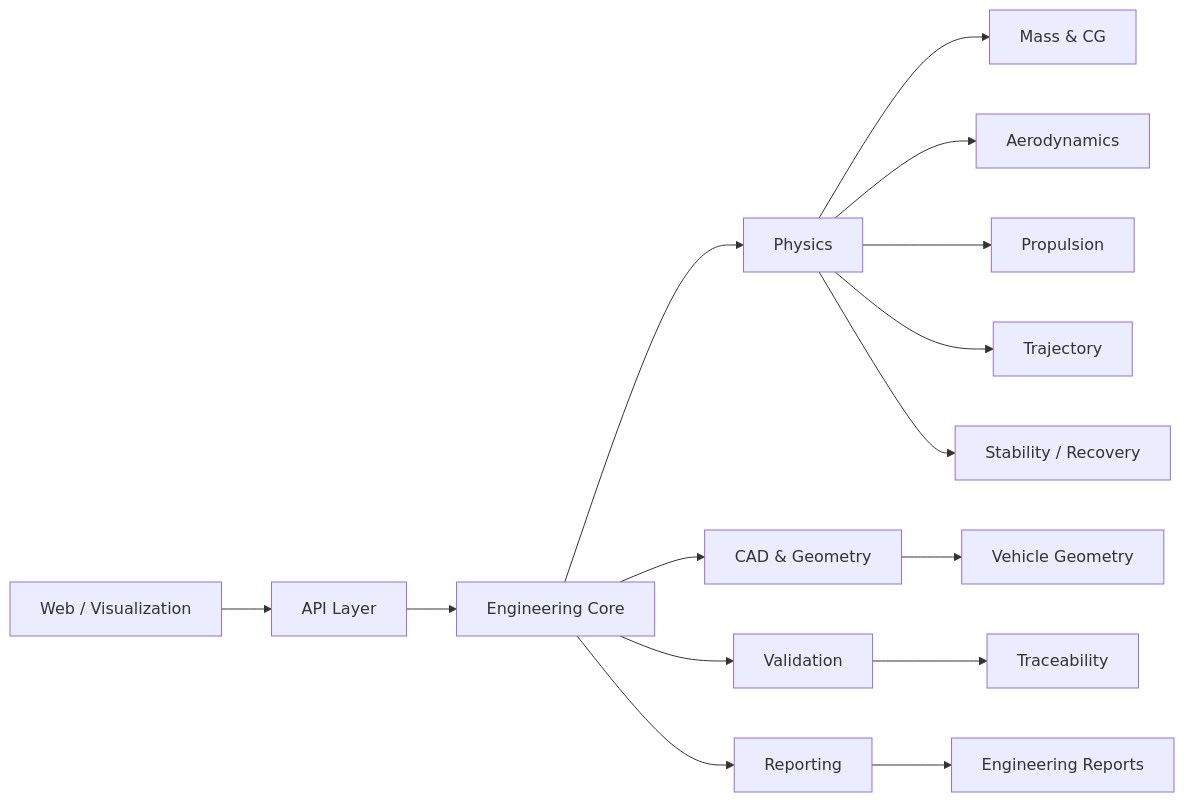
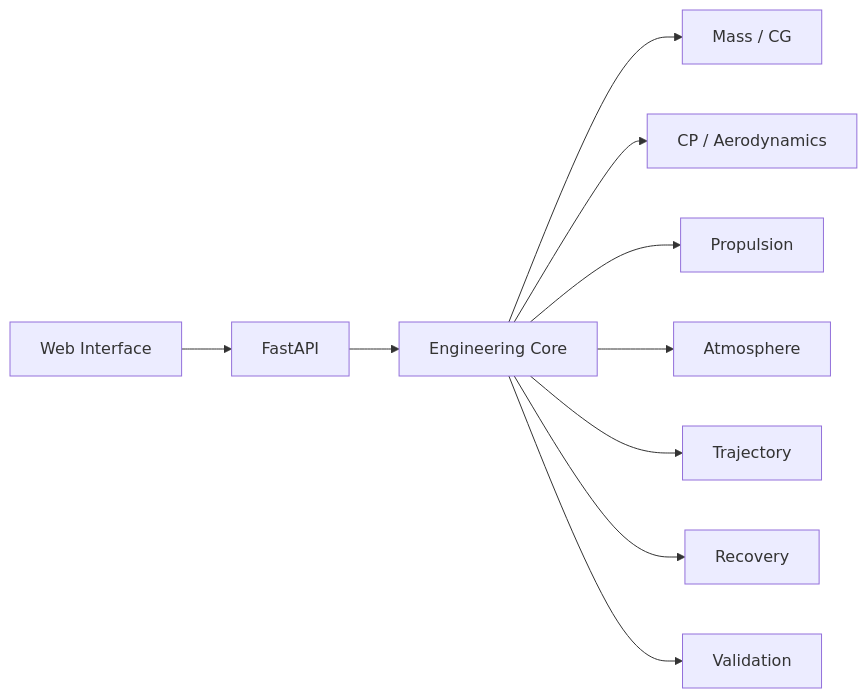
The diagram in README.md (martinveron2/TRAJECTUM), drawn with Mermaid before and after one commit. The commit also changed other lines of this file, not shown here.

````diff
--- a/README.md
+++ b/README.md
@@ -50,20 +67,12 @@
 ```mermaid
 flowchart LR
-    WEB[Web / Visualization] --> API[API Layer]
+    WEB[Web Interface] --> API[FastAPI]
     API --> CORE[Engineering Core]
-
-    CORE --> PHYS[Physics]
-    CORE --> CAD[CAD & Geometry]
+    CORE --> MASS[Mass / CG]
+    CORE --> AERO[CP / Aerodynamics]
+    CORE --> PROP[Propulsion]
+    CORE --> ATM[Atmosphere]
+    CORE --> TRAJ[Trajectory]
+    CORE --> REC[Recovery]
     CORE --> VAL[Validation]
-    CORE --> REP[Reporting]
-
-    PHYS --> MASS[Mass & CG]
-    PHYS --> AERO[Aerodynamics]
-    PHYS --> PROP[Propulsion]
-    PHYS --> TRAJ[Trajectory]
-    PHYS --> STAB[Stability / Recovery]
-
-    CAD --> VEH[Vehicle Geometry]
-    VAL --> TRACE[Traceability]
-    REP --> DOCS[Engineering Reports]
 ```
````
